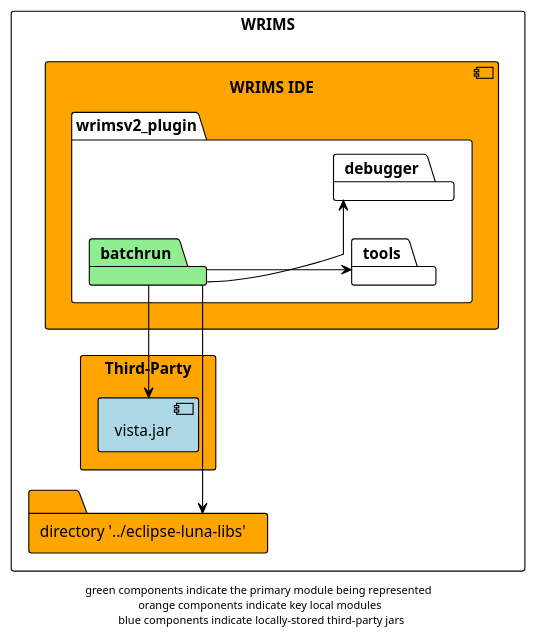
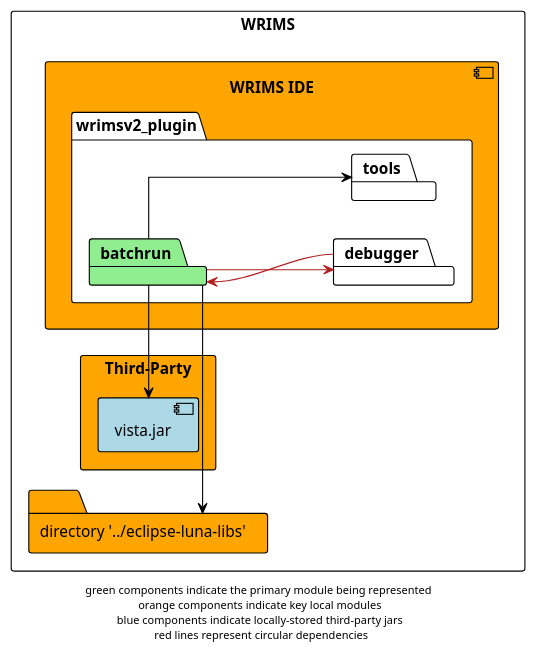
The diagram in docs/diagrams/wrims-ide/wrims-ide_batchrun.plantuml (CentralValleyModeling/wrims), drawn with PlantUML before and after one commit.

Commit message:
Added parent package to diagram

```diff
--- a/docs/diagrams/wrims-ide/wrims-ide_batchrun.plantuml
+++ b/docs/diagrams/wrims-ide/wrims-ide_batchrun.plantuml
@@ -1,28 +1,30 @@
 @startuml
 
 !theme plain
 left to right direction
 skinparam linetype ortho
 
 rectangle WRIMS {
     component wrims-ide as "WRIMS IDE" #orange {
         package wrimsv2_plugin {
             package batchrun #lightgreen
             package tools
             package debugger
         }
     }
 
     folder luna_libs as "directory '../eclipse-luna-libs'" #orange
     rectangle Third-Party #orange {
         component vista as "vista.jar" #lightblue
     }
 }
 
 batchrun -r-> luna_libs
 batchrun -l-> vista
 batchrun -down-> tools
-batchrun -down-> debugger
+batchrun -down-> debugger #firebrick
 
-footer "green components indicate the primary module being represented \n orange components indicate key local modules \n blue components indicate locally-stored third-party jars"
+debugger -> batchrun #firebrick
+
+footer "green components indicate the primary module being represented \n orange components indicate key local modules \n blue components indicate locally-stored third-party jars \n red lines represent circular dependencies"
 @enduml
```
